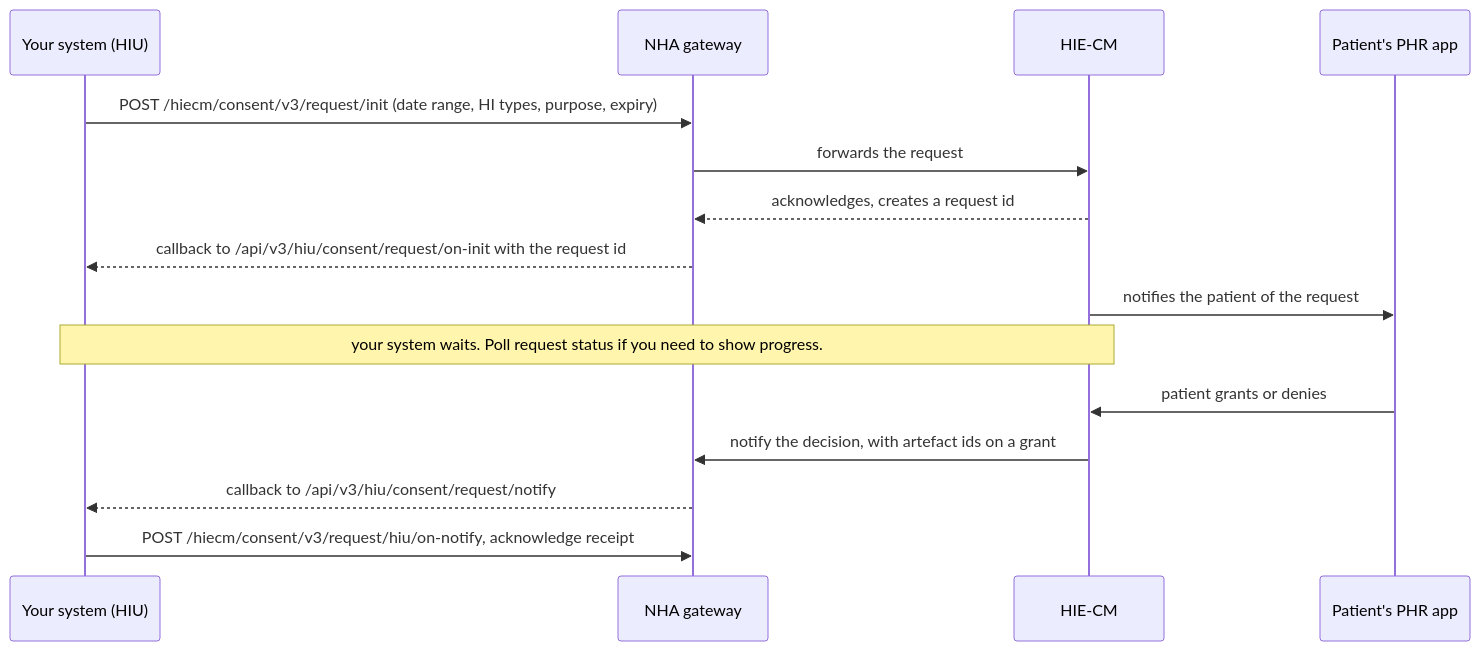
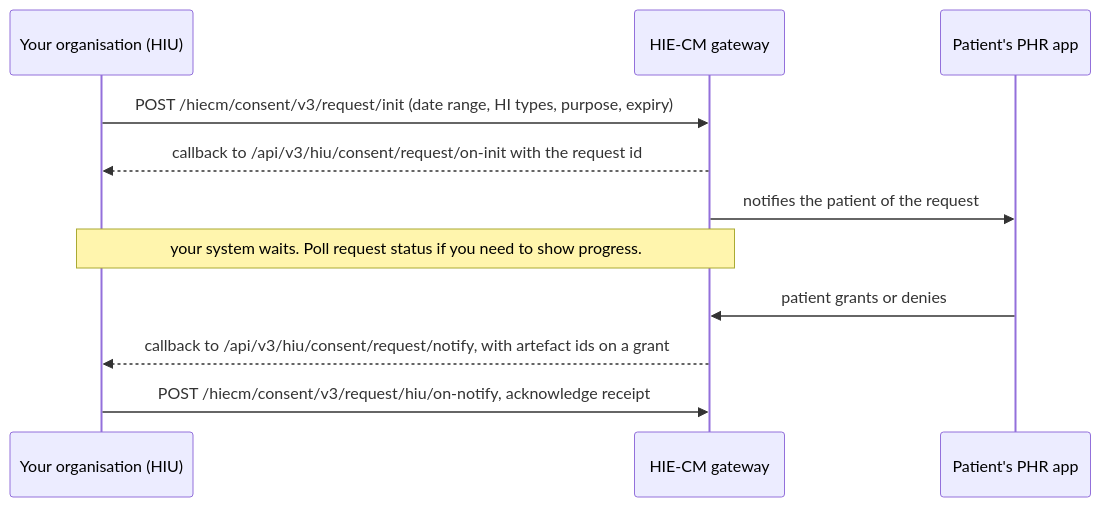
The diagram in catalogue/hiecm/flows/m3-request-consent.md (nha-in/docs), drawn with Mermaid before and after one commit. The commit also changed other lines of this file and 56 other files, not shown here.

````diff
--- a/catalogue/hiecm/flows/m3-request-consent.md
+++ b/catalogue/hiecm/flows/m3-request-consent.md
@@ -94,17 +95,13 @@
 ```mermaid
 sequenceDiagram
-    participant HIU as Your system (HIU)
-    participant GW as NHA gateway
-    participant CM as HIE-CM
+    participant HIU as Your organisation (HIU)
+    participant GW as HIE-CM gateway
     participant PHR as Patient's PHR app
     HIU->>GW: POST /hiecm/consent/v3/request/init (date range, HI types, purpose, expiry)
-    GW->>CM: forwards the request
-    CM-->>GW: acknowledges, creates a request id
     GW-->>HIU: callback to /api/v3/hiu/consent/request/on-init with the request id
-    CM->>PHR: notifies the patient of the request
-    Note over HIU,CM: your system waits. Poll request status if you need to show progress.
-    PHR->>CM: patient grants or denies
-    CM->>GW: notify the decision, with artefact ids on a grant
-    GW-->>HIU: callback to /api/v3/hiu/consent/request/notify
+    GW->>PHR: notifies the patient of the request
+    Note over HIU,GW: your system waits. Poll request status if you need to show progress.
+    PHR->>GW: patient grants or denies
+    GW-->>HIU: callback to /api/v3/hiu/consent/request/notify, with artefact ids on a grant
     HIU->>GW: POST /hiecm/consent/v3/request/hiu/on-notify, acknowledge receipt
 ```
````
